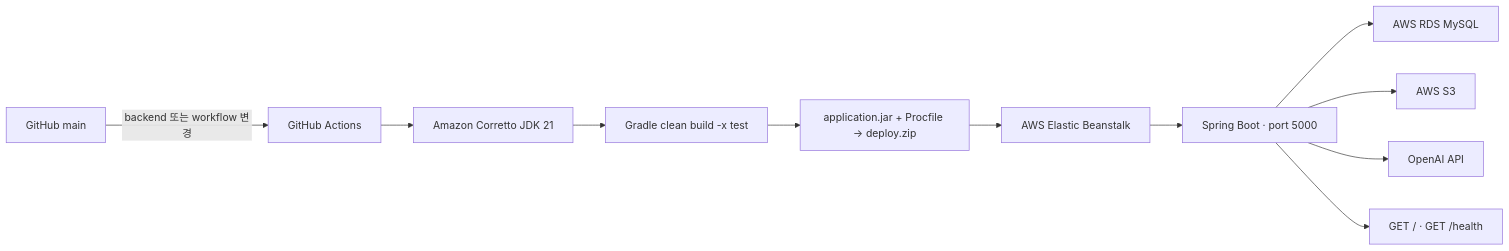
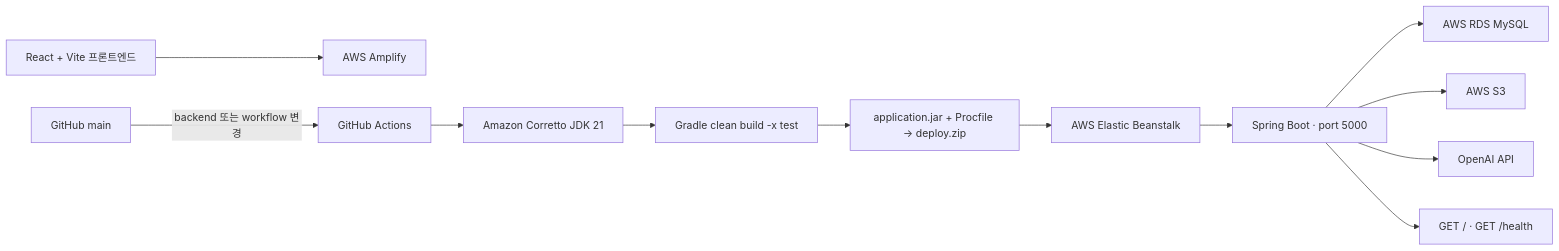
The fifth of 5 diagrams in README.md (junyeong2107/weather-of-the-heart-portfolio), drawn with Mermaid before and after one commit. The commit also changed other lines of this file and 3 other files, not shown here.

````diff
--- a/README.md
+++ b/README.md
@@ -304,13 +312,15 @@
 ```mermaid
 flowchart LR
+    Frontend["React + Vite 프론트엔드"] --> Amplify["AWS Amplify"]
+
     Main["GitHub main"] -->|"backend 또는 workflow 변경"| Actions["GitHub Actions"]
     Actions --> JDK["Amazon Corretto JDK 21"]
     JDK --> Gradle["Gradle clean build -x test"]
     Gradle --> Zip["application.jar + Procfile → deploy.zip"]
     Zip --> EB["AWS Elastic Beanstalk"]
     EB --> App["Spring Boot · port 5000"]
     App --> RDS["AWS RDS MySQL"]
     App --> S3["AWS S3"]
     App --> AI["OpenAI API"]
     App --> Health["GET / · GET /health"]
 ```
````
